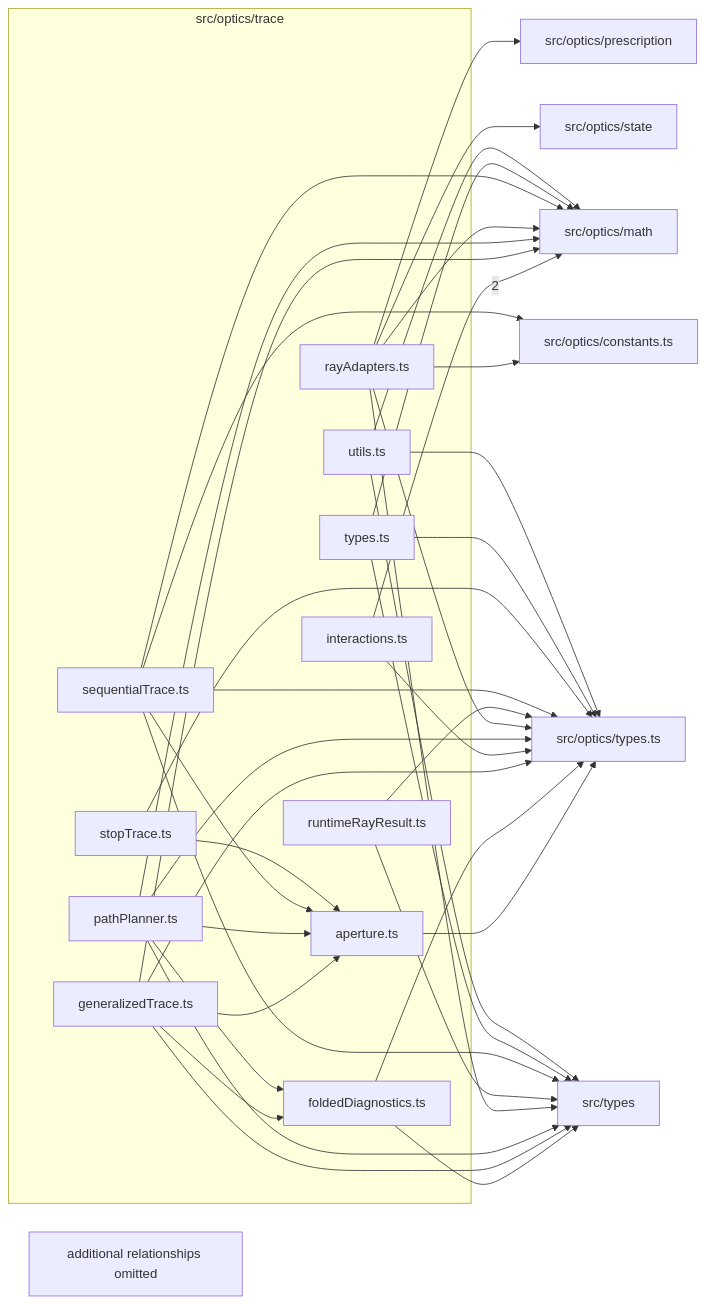
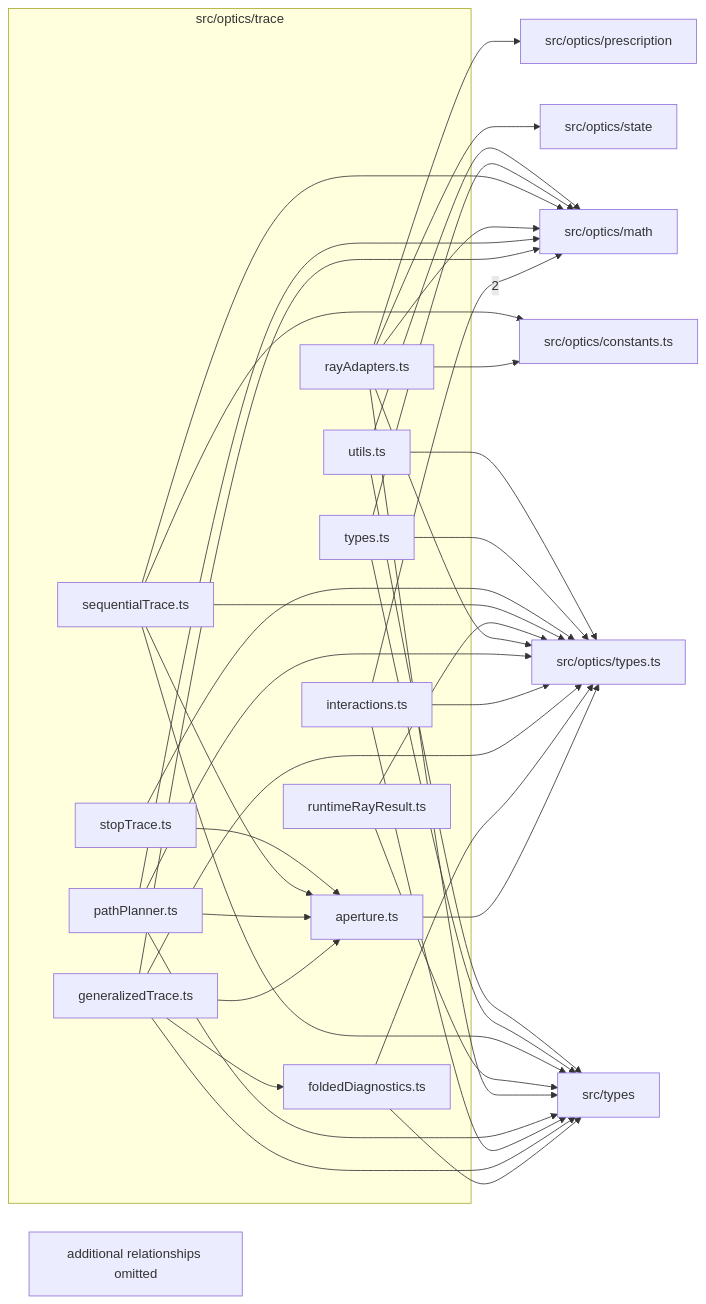
One commit to ronbuening/LensVisualizer changed the diagram in src/optics/trace/readme.md. Above: the diagram before and after it, drawn with Mermaid. The commit also changed other lines of this file and 9 other files, not shown here.

````diff
--- a/src/optics/trace/readme.md
+++ b/src/optics/trace/readme.md
@@ -9,59 +9,59 @@
 ```mermaid
 flowchart LR
   subgraph n_src_optics_trace["src/optics/trace"]
     n_src_optics_trace_src_optics_trace_aperture_ts["aperture.ts"]
     n_src_optics_trace_src_optics_trace_foldedDiagnostics_ts["foldedDiagnostics.ts"]
     n_src_optics_trace_src_optics_trace_generalizedTrace_ts["generalizedTrace.ts"]
     n_src_optics_trace_src_optics_trace_interactions_ts["interactions.ts"]
     n_src_optics_trace_src_optics_trace_pathPlanner_ts["pathPlanner.ts"]
     n_src_optics_trace_src_optics_trace_rayAdapters_ts["rayAdapters.ts"]
     n_src_optics_trace_src_optics_trace_runtimeRayResult_ts["runtimeRayResult.ts"]
     n_src_optics_trace_src_optics_trace_sequentialTrace_ts["sequentialTrace.ts"]
     n_src_optics_trace_src_optics_trace_stopTrace_ts["stopTrace.ts"]
     n_src_optics_trace_src_optics_trace_types_ts["types.ts"]
     n_src_optics_trace_src_optics_trace_utils_ts["utils.ts"]
   end
   n_external_src_optics_math["src/optics/math"]
   n_external_src_optics_constants_ts["src/optics/constants.ts"]
   n_external_src_optics_prescription["src/optics/prescription"]
   n_external_src_optics_state["src/optics/state"]
   n_external_src_optics_types_ts["src/optics/types.ts"]
   n_external_src_types["src/types"]
   n_src_optics_trace_src_optics_trace_interactions_ts --> |2| n_external_src_optics_math
   n_src_optics_trace_src_optics_trace_rayAdapters_ts --> n_external_src_optics_constants_ts
   n_src_optics_trace_src_optics_trace_sequentialTrace_ts --> n_external_src_optics_constants_ts
   n_src_optics_trace_src_optics_trace_generalizedTrace_ts --> n_external_src_optics_math
   n_src_optics_trace_src_optics_trace_pathPlanner_ts --> n_external_src_optics_math
   n_src_optics_trace_src_optics_trace_rayAdapters_ts --> n_external_src_optics_math
   n_src_optics_trace_src_optics_trace_sequentialTrace_ts --> n_external_src_optics_math
   n_src_optics_trace_src_optics_trace_types_ts --> n_external_src_optics_math
   n_src_optics_trace_src_optics_trace_utils_ts --> n_external_src_optics_math
   n_src_optics_trace_src_optics_trace_rayAdapters_ts --> n_external_src_optics_prescription
   n_src_optics_trace_src_optics_trace_rayAdapters_ts --> n_external_src_optics_state
   n_src_optics_trace_src_optics_trace_aperture_ts --> n_external_src_optics_types_ts
   n_src_optics_trace_src_optics_trace_foldedDiagnostics_ts --> n_external_src_optics_types_ts
   n_src_optics_trace_src_optics_trace_generalizedTrace_ts --> n_external_src_optics_types_ts
   n_src_optics_trace_src_optics_trace_interactions_ts --> n_external_src_optics_types_ts
   n_src_optics_trace_src_optics_trace_pathPlanner_ts --> n_external_src_optics_types_ts
   n_src_optics_trace_src_optics_trace_rayAdapters_ts --> n_external_src_optics_types_ts
   n_src_optics_trace_src_optics_trace_runtimeRayResult_ts --> n_external_src_optics_types_ts
   n_src_optics_trace_src_optics_trace_sequentialTrace_ts --> n_external_src_optics_types_ts
   n_src_optics_trace_src_optics_trace_stopTrace_ts --> n_external_src_optics_types_ts
   n_src_optics_trace_src_optics_trace_types_ts --> n_external_src_optics_types_ts
   n_src_optics_trace_src_optics_trace_utils_ts --> n_external_src_optics_types_ts
   n_src_optics_trace_src_optics_trace_foldedDiagnostics_ts --> n_external_src_types
   n_src_optics_trace_src_optics_trace_generalizedTrace_ts --> n_external_src_types
+  n_src_optics_trace_src_optics_trace_interactions_ts --> n_external_src_types
   n_src_optics_trace_src_optics_trace_pathPlanner_ts --> n_external_src_types
   n_src_optics_trace_src_optics_trace_rayAdapters_ts --> n_external_src_types
   n_src_optics_trace_src_optics_trace_runtimeRayResult_ts --> n_external_src_types
   n_src_optics_trace_src_optics_trace_sequentialTrace_ts --> n_external_src_types
   n_src_optics_trace_src_optics_trace_types_ts --> n_external_src_types
   n_src_optics_trace_src_optics_trace_utils_ts --> n_external_src_types
   n_src_optics_trace_src_optics_trace_generalizedTrace_ts --> n_src_optics_trace_src_optics_trace_aperture_ts
   n_src_optics_trace_src_optics_trace_pathPlanner_ts --> n_src_optics_trace_src_optics_trace_aperture_ts
   n_src_optics_trace_src_optics_trace_sequentialTrace_ts --> n_src_optics_trace_src_optics_trace_aperture_ts
   n_src_optics_trace_src_optics_trace_stopTrace_ts --> n_src_optics_trace_src_optics_trace_aperture_ts
   n_src_optics_trace_src_optics_trace_generalizedTrace_ts --> n_src_optics_trace_src_optics_trace_foldedDiagnostics_ts
-  n_src_optics_trace_src_optics_trace_pathPlanner_ts --> n_src_optics_trace_src_optics_trace_foldedDiagnostics_ts
   n_src_optics_trace_truncated["additional relationships omitted"]
 ```
````
